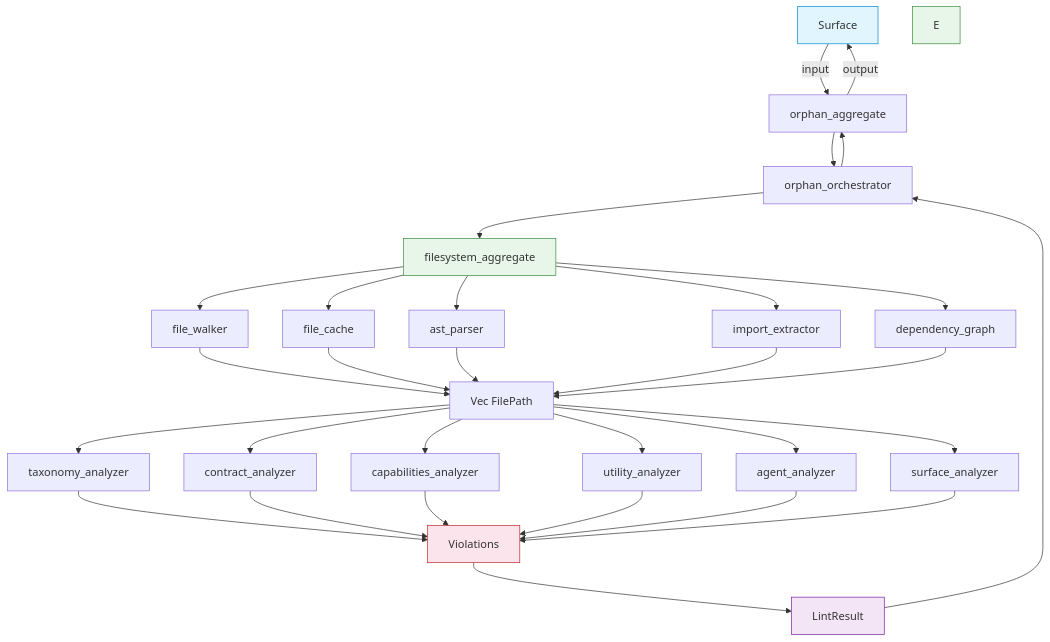
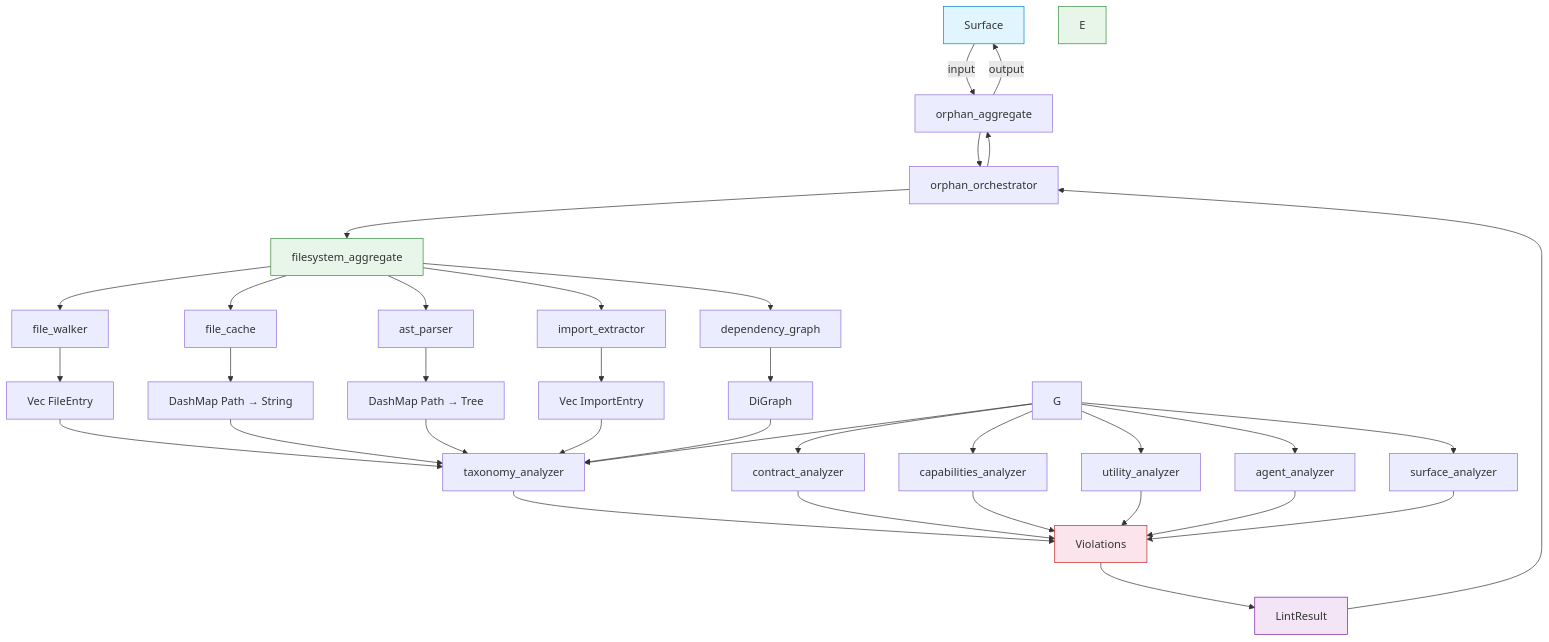
Before and after one commit to rakaarwaky/lint-arwaky: the diagram in crates/orphan-detector/FRD.md, drawn with Mermaid. The commit also changed 3 other files, not shown here.

First line of the commit message:
docs: mermaid shows correct output types per capability

````diff
--- a/crates/orphan-detector/FRD.md
+++ b/crates/orphan-detector/FRD.md
@@ -9,38 +9,43 @@
 ```mermaid
 flowchart TD
     A["Surface"] -->|input| B["orphan_aggregate"]
     B --> C["orphan_orchestrator"]
     C --> D["filesystem_aggregate"]
     D --> E1["file_walker"]
     D --> E2["file_cache"]
     D --> F1["ast_parser"]
     D --> F2["import_extractor"]
     D --> F3["dependency_graph"]
-    E1 --> G["Vec FilePath"]
-    E2 --> G
-    F1 --> G
-    F2 --> G
-    F3 --> G
+    E1 --> G1["Vec FileEntry"]
+    E2 --> G2["DashMap Path → String"]
+    F1 --> G3["DashMap Path → Tree"]
+    F2 --> G4["Vec ImportEntry"]
+    F3 --> G5["DiGraph"]
+    G1 --> H1["taxonomy_analyzer"]
+    G2 --> H1
+    G3 --> H1
+    G4 --> H1
+    G5 --> H1
     G --> H1["taxonomy_analyzer"]
     G --> H2["contract_analyzer"]
     G --> H3["capabilities_analyzer"]
     G --> H4["utility_analyzer"]
     G --> H5["agent_analyzer"]
     G --> H6["surface_analyzer"]
     H1 --> I["Violations"]
     H2 --> I
     H3 --> I
     H4 --> I
     H5 --> I
     H6 --> I
     I --> J["LintResult"]
     J --> C
     C --> B
     B -->|output| A
 
     style A fill:#e1f5fe,stroke:#0288d1
     style D fill:#e8f5e9,stroke:#388e3c
     style E fill:#e8f5e9,stroke:#388e3c
     style I fill:#fce4ec,stroke:#c62828
     style J fill:#f3e5f5,stroke:#7b1fa2
 ```
````
